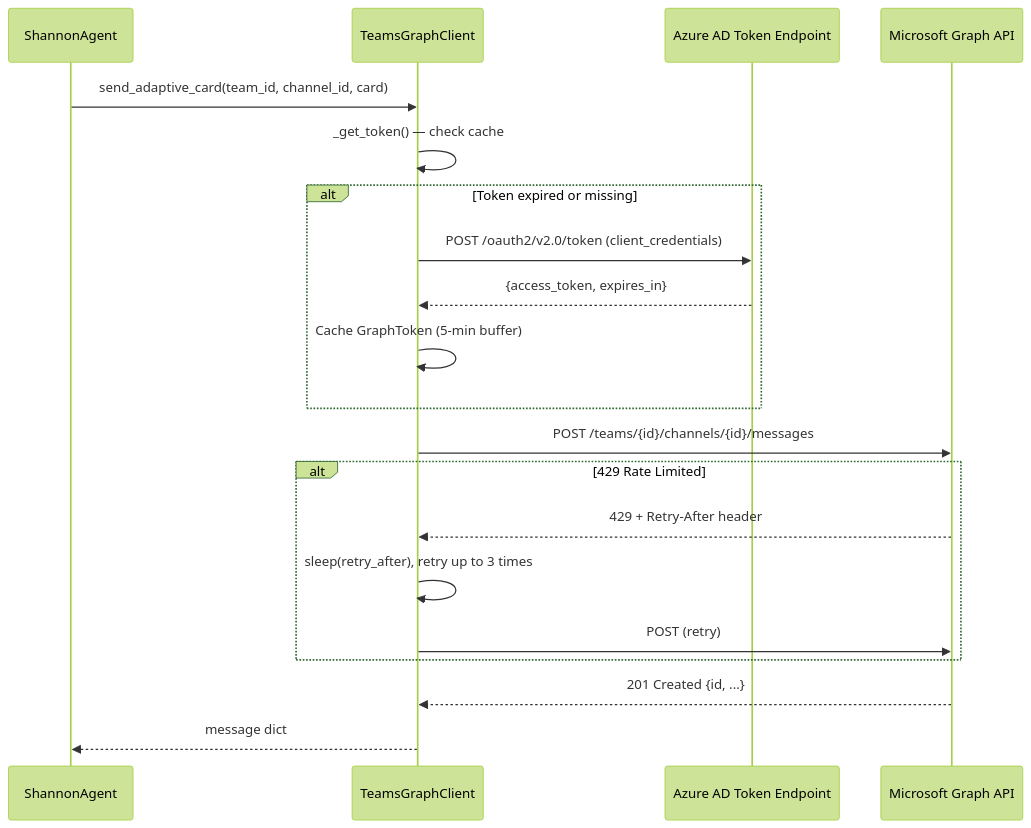
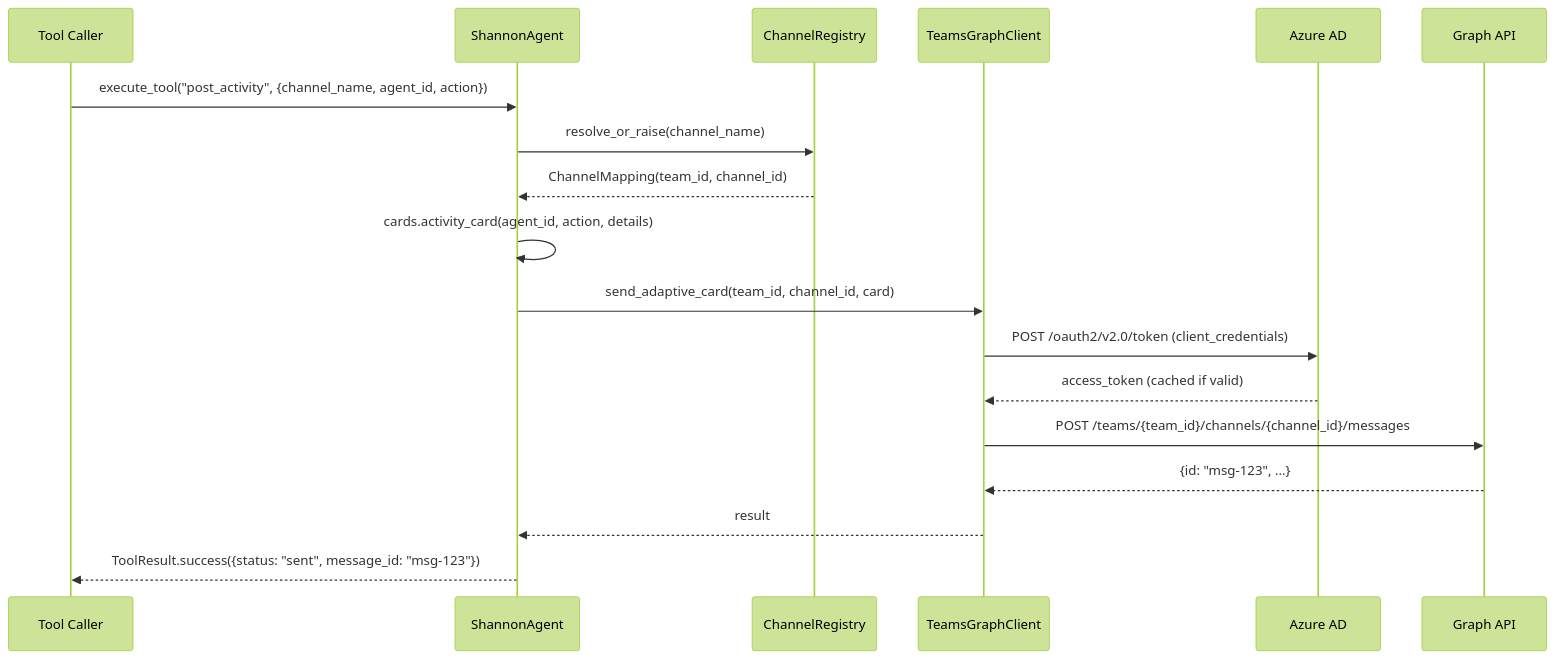
One commit to jmac-cornelis/agent-workforce changed the fourth of 4 diagrams in docs/agents-shannon.md. Above: the diagram before and after it, drawn with Mermaid (forest theme). The commit also changed other lines of this file and 7 other files, not shown here.

````diff
--- a/docs/agents-shannon.md
+++ b/docs/agents-shannon.md
@@ -151,23 +131,21 @@
 ```mermaid
 sequenceDiagram
+    participant Caller as Tool Caller
     participant SA as ShannonAgent
+    participant CR as ChannelRegistry
     participant GC as TeamsGraphClient
-    participant AAD as Azure AD Token Endpoint
-    participant GRAPH as Microsoft Graph API
+    participant AAD as Azure AD
+    participant GRAPH as Graph API
 
+    Caller->>SA: execute_tool("post_activity", {channel_name, agent_id, action})
+    SA->>CR: resolve_or_raise(channel_name)
+    CR-->>SA: ChannelMapping(team_id, channel_id)
+    SA->>SA: cards.activity_card(agent_id, action, details)
     SA->>GC: send_adaptive_card(team_id, channel_id, card)
-    GC->>GC: _get_token() — check cache
-    alt Token expired or missing
-        GC->>AAD: POST /oauth2/v2.0/token (client_credentials)
-        AAD-->>GC: {access_token, expires_in}
-        GC->>GC: Cache GraphToken (5-min buffer)
-    end
-    GC->>GRAPH: POST /teams/{id}/channels/{id}/messages
-    alt 429 Rate Limited
-        GRAPH-->>GC: 429 + Retry-After header
-        GC->>GC: sleep(retry_after), retry up to 3 times
-        GC->>GRAPH: POST (retry)
-    end
-    GRAPH-->>GC: 201 Created {id, ...}
-    GC-->>SA: message dict
+    GC->>AAD: POST /oauth2/v2.0/token (client_credentials)
+    AAD-->>GC: access_token (cached if valid)
+    GC->>GRAPH: POST /teams/{team_id}/channels/{channel_id}/messages
+    GRAPH-->>GC: {id: "msg-123", ...}
+    GC-->>SA: result
+    SA-->>Caller: ToolResult.success({status: "sent", message_id: "msg-123"})
 ```
````
